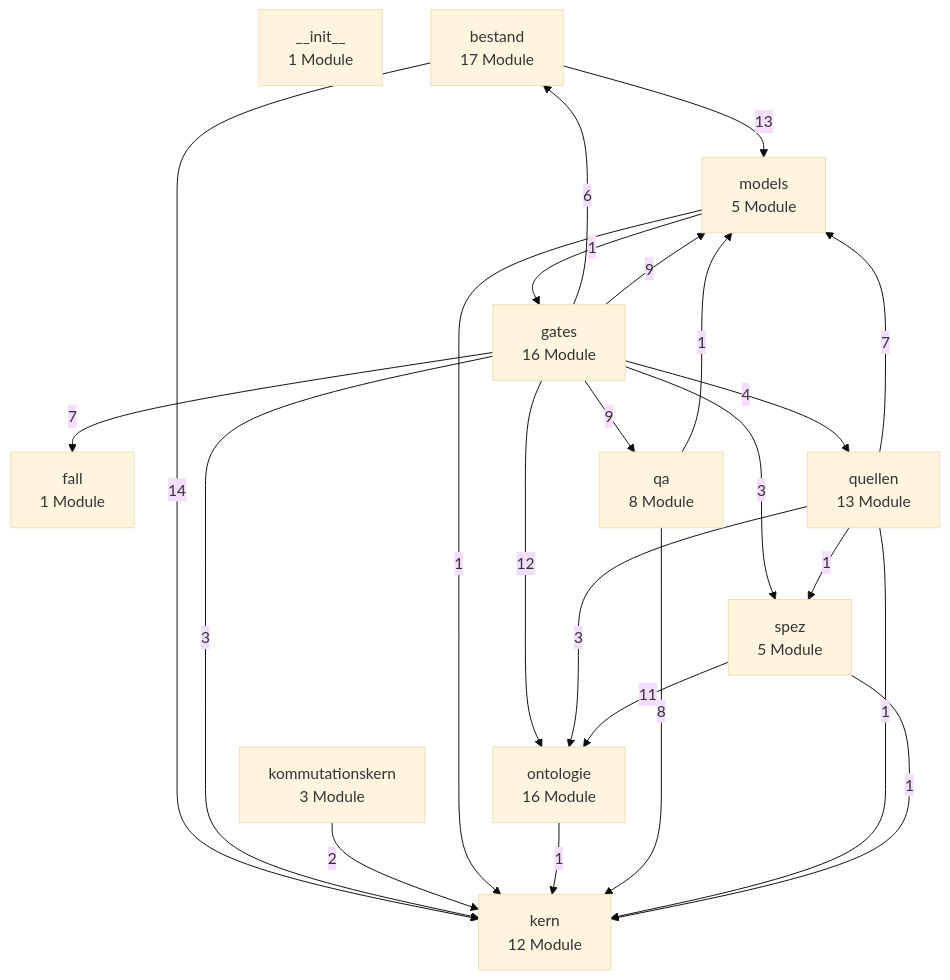
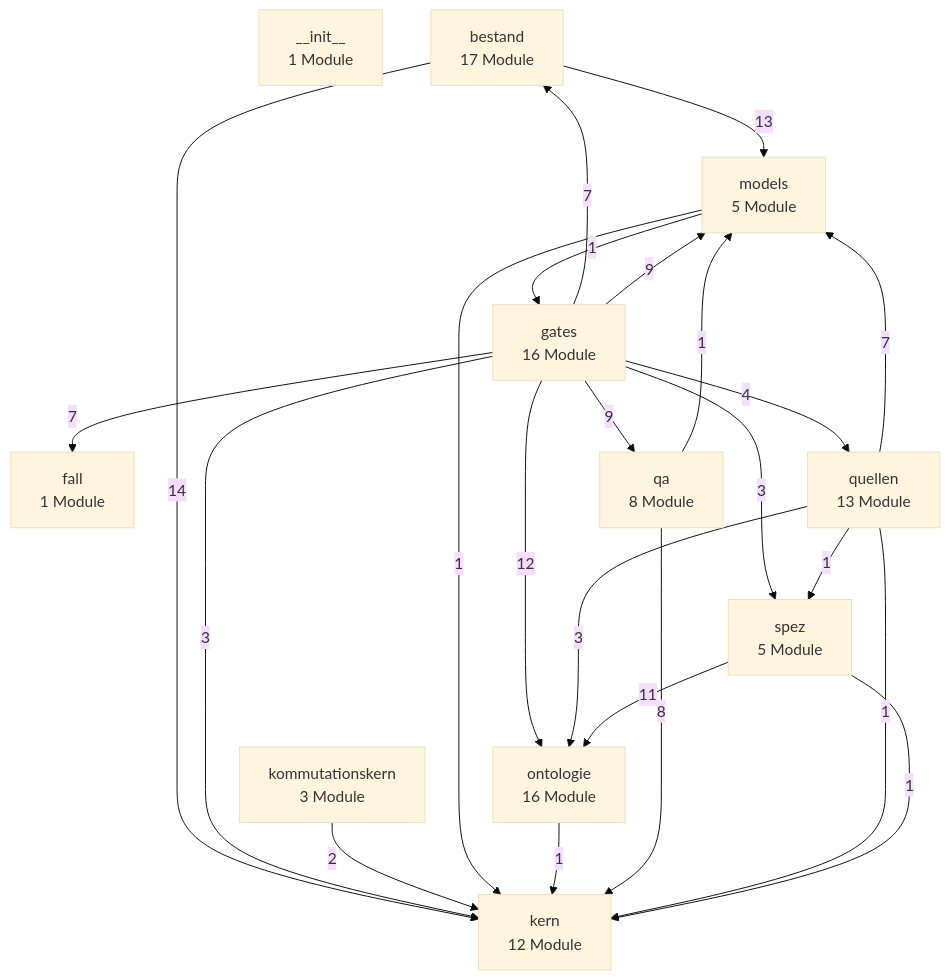
One commit to bartlmac/rechner-pipeline changed the first of 3 diagrams in docs/architektur/landkarte.md. Above: the diagram before and after it, drawn with Mermaid (base theme). The commit also changed 5 other files, not shown here.

First line of the commit message:
feat(gates,bestand): Anfangszustaende der Vorgeschichte in den Laeufern

````diff
--- a/docs/architektur/landkarte.md
+++ b/docs/architektur/landkarte.md
@@ -27,37 +27,37 @@
 ```mermaid
 %% Schichten — erzeugt von ontologie.landkarte
 flowchart TD
     n__init__["__init__<br/>1 Module"]
     bestand["bestand<br/>17 Module"]
     fall["fall<br/>1 Module"]
     gates["gates<br/>16 Module"]
     kern["kern<br/>12 Module"]
     kommutationskern["kommutationskern<br/>3 Module"]
     models["models<br/>5 Module"]
     ontologie["ontologie<br/>16 Module"]
     qa["qa<br/>8 Module"]
     quellen["quellen<br/>13 Module"]
     spez["spez<br/>5 Module"]
     bestand -- 14 --> kern
     bestand -- 13 --> models
-    gates -- 6 --> bestand
+    gates -- 7 --> bestand
     gates -- 7 --> fall
     gates -- 3 --> kern
     gates -- 9 --> models
     gates -- 12 --> ontologie
     gates -- 9 --> qa
     gates -- 4 --> quellen
     gates -- 3 --> spez
     kommutationskern -- 2 --> kern
     models -- 1 --> gates
     models -- 1 --> kern
     ontologie -- 1 --> kern
     qa -- 8 --> kern
     qa -- 1 --> models
     quellen -- 1 --> kern
     quellen -- 7 --> models
     quellen -- 3 --> ontologie
     quellen -- 1 --> spez
     spez -- 1 --> kern
     spez -- 11 --> ontologie
 ```
````
